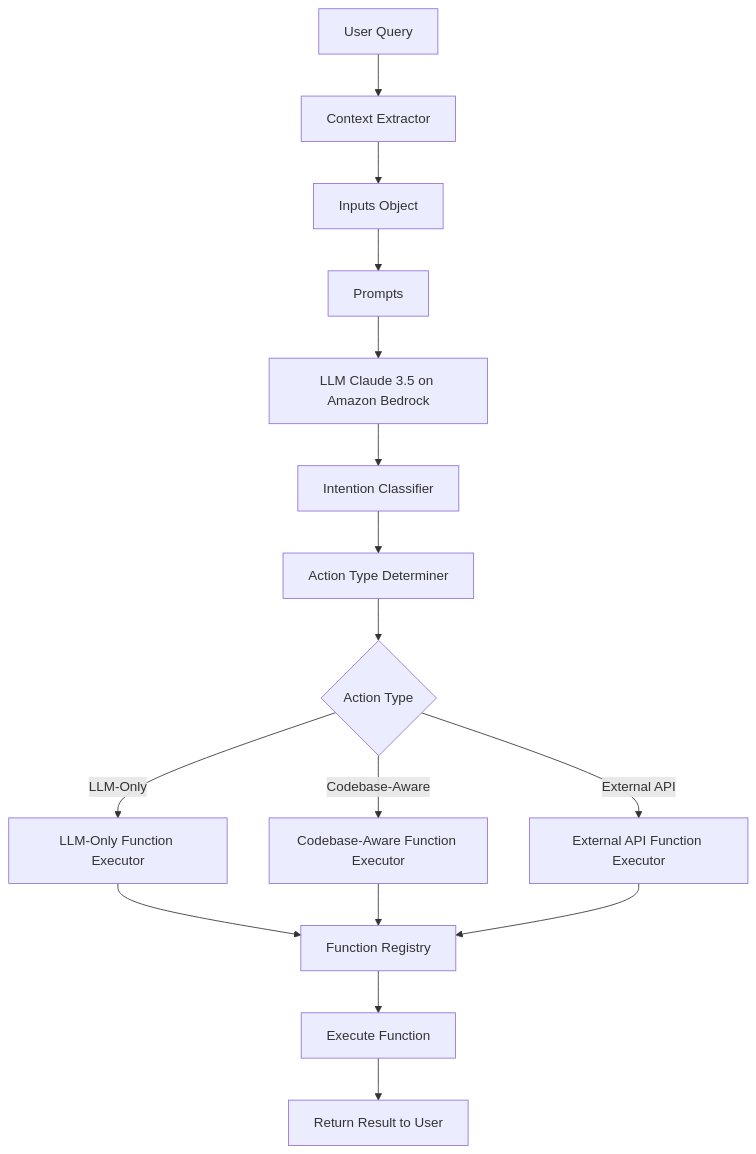
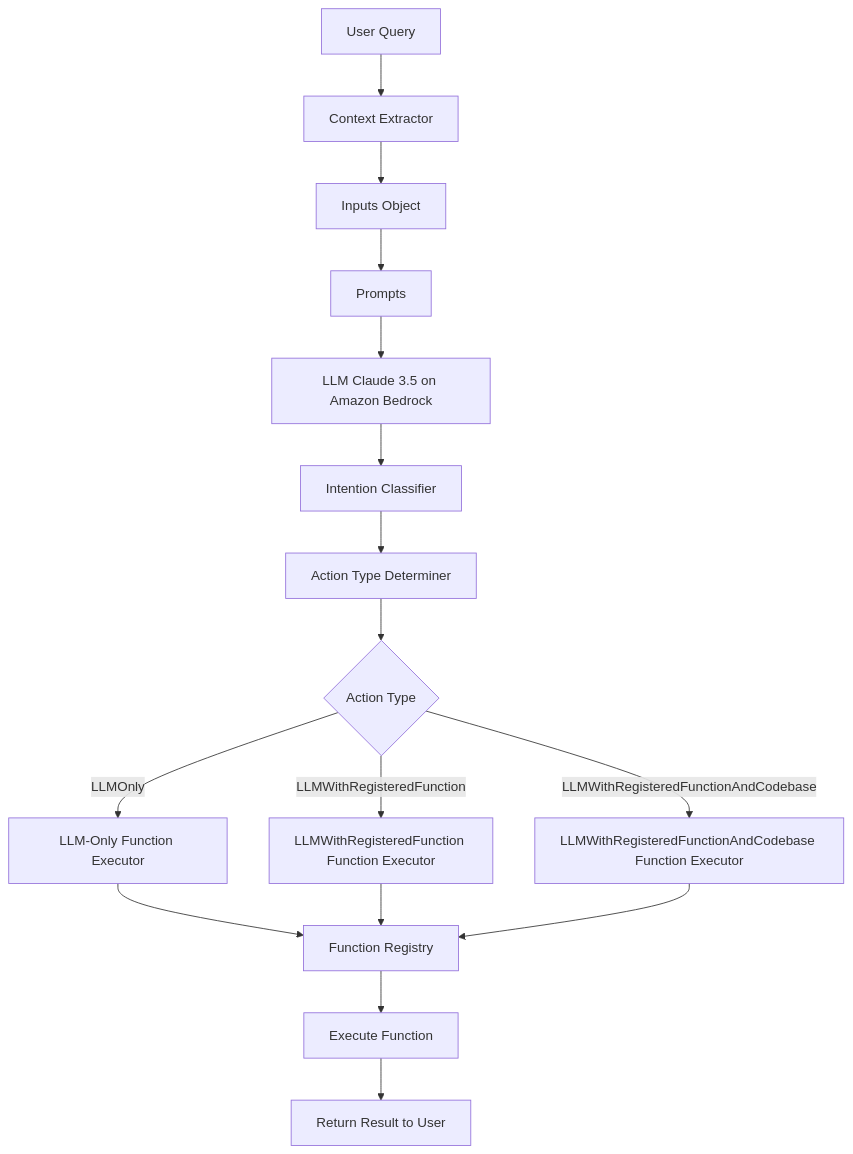
One commit to yike5460/intelli-ops changed the diagram in docs/designIntentionClassification.md. Above: the diagram before and after it, drawn with Mermaid. The commit also changed other lines of this file and 4 other files, not shown here.

````diff
--- a/docs/designIntentionClassification.md
+++ b/docs/designIntentionClassification.md
@@ -17,18 +17,18 @@
 ```mermaid
 graph TD
   A[User Query] --> B[Context Extractor]
   B --> C[Inputs Object]
   C --> D[Prompts]
   D --> E[LLM Claude 3.5 on Amazon Bedrock]
   E --> F[Intention Classifier]
   F --> G[Action Type Determiner]
   G --> H{Action Type}
-  H -->|LLM-Only| I[LLM-Only Function Executor]
-  H -->|Codebase-Aware| J[Codebase-Aware Function Executor]
-  H -->|External API| K[External API Function Executor]
+  H -->|LLMOnly| I[LLM-Only Function Executor]
+  H -->|LLMWithRegisteredFunction| J[LLMWithRegisteredFunction Function Executor]
+  H -->|LLMWithRegisteredFunctionAndCodebase| K[LLMWithRegisteredFunctionAndCodebase Function Executor]
   I --> L[Function Registry]
   J --> L
   K --> L
   L --> M[Execute Function]
   M --> N[Return Result to User]
 ```
````
